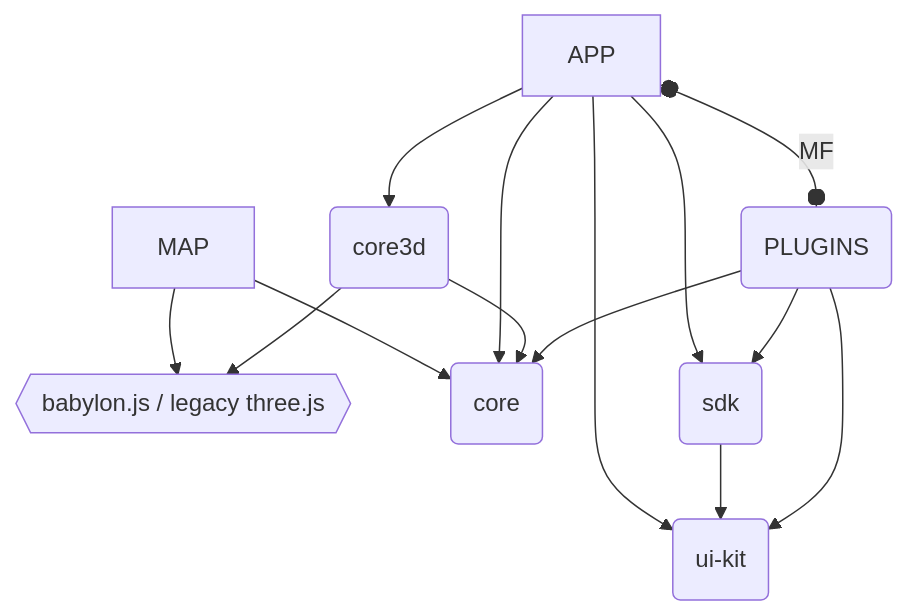
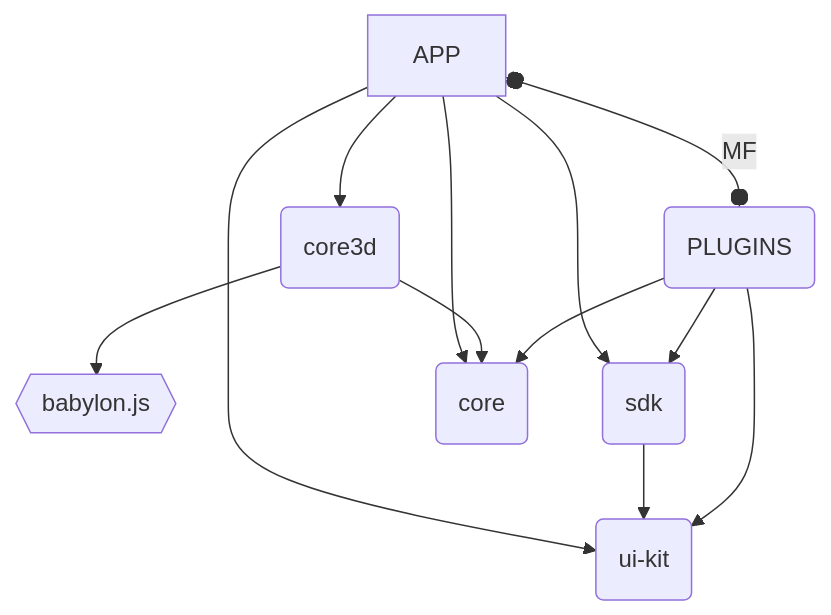
One commit to momentum-xyz/ui-client changed the second of 2 diagrams in README.md. Above: the diagram before and after it, drawn with Mermaid. The commit also changed other lines of this file, not shown here.

Commit message:
docs(readme): fix npmrc hint escape, update module diagram

````diff
--- a/README.md
+++ b/README.md
@@ -42,16 +42,14 @@
 ```mermaid
 flowchart TD
-    MAP --> B
-    MAP --> C
     A --> 3D(core3d)
-    3D --> B{{babylon.js / legacy three.js}}
+    3D --> B{{babylon.js}}
     A --> S(sdk)
     A[APP] --> C(core)
     A --> K(ui-kit)
     S --> K
     P --> S
     P --> K
     3D --> C
     P --> C
     A o--o |MF| P(PLUGINS)
 ```
````
